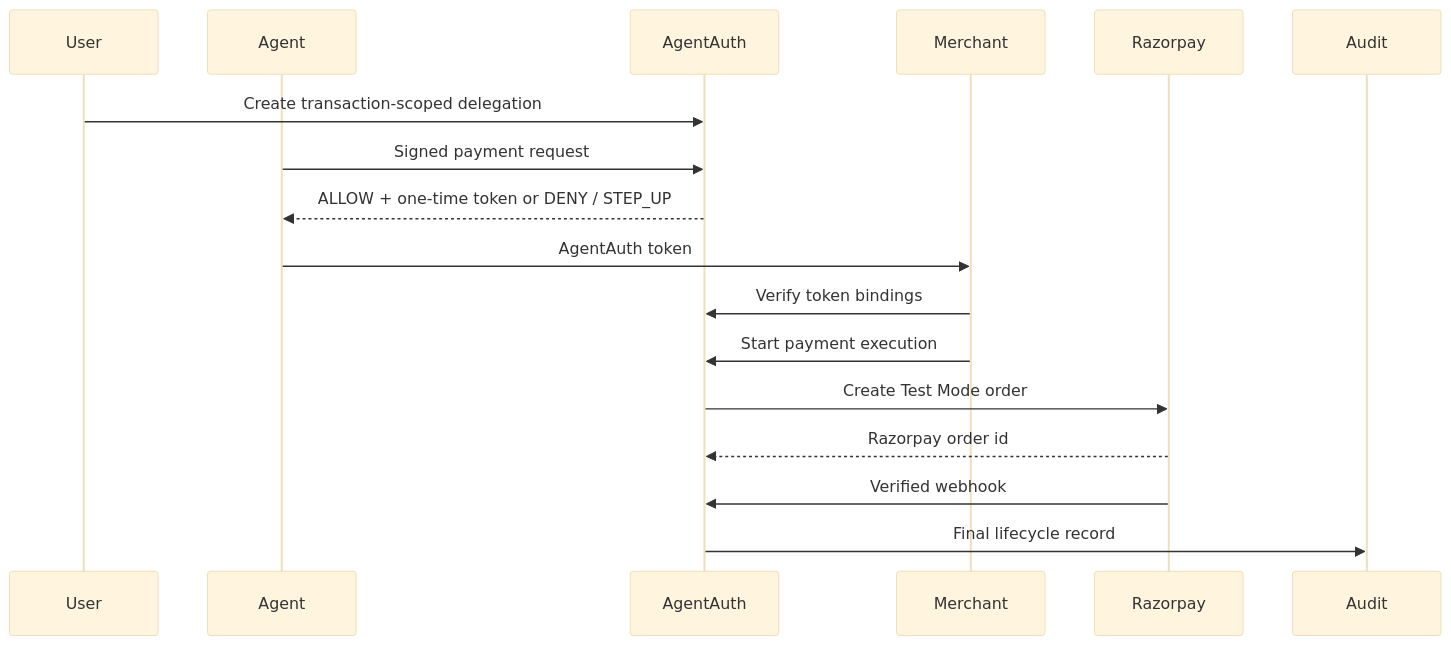
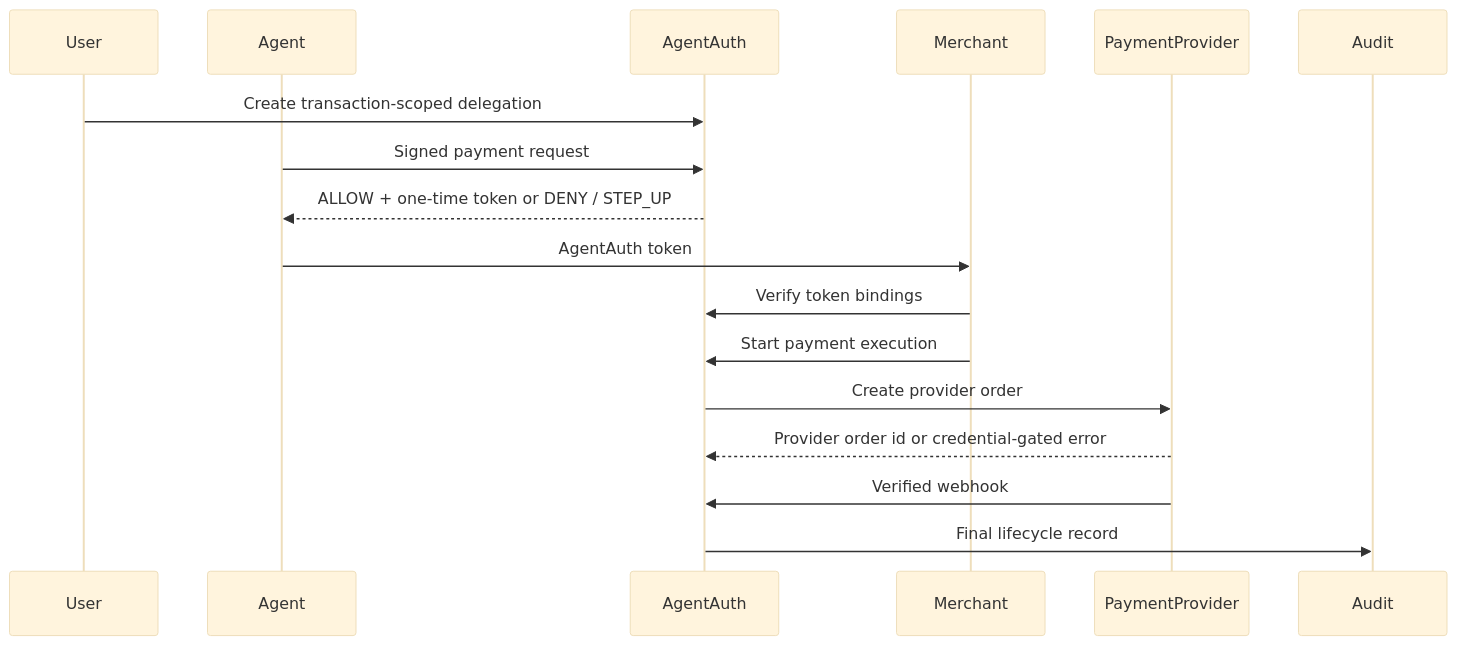
The second of 2 diagrams in README.md (anandvignesh23-rgb/agentauth), drawn with Mermaid (base theme) before and after one commit. The commit also changed other lines of this file and 35 other files, not shown here.

Commit message:
Harden Razorpay-less AgentAuth evidence

````diff
--- a/README.md
+++ b/README.md
@@ -32,18 +34,18 @@
 ```mermaid
 sequenceDiagram
   participant User
   participant Agent
   participant AgentAuth
   participant Merchant
-  participant Razorpay
+  participant Provider as PaymentProvider
   User->>AgentAuth: Create transaction-scoped delegation
   Agent->>AgentAuth: Signed payment request
   AgentAuth-->>Agent: ALLOW + one-time token or DENY / STEP_UP
   Agent->>Merchant: AgentAuth token
   Merchant->>AgentAuth: Verify token bindings
   Merchant->>AgentAuth: Start payment execution
-  AgentAuth->>Razorpay: Create Test Mode order
-  Razorpay-->>AgentAuth: Razorpay order id
-  Razorpay->>AgentAuth: Verified webhook
+  AgentAuth->>Provider: Create provider order
+  Provider-->>AgentAuth: Provider order id or credential-gated error
+  Provider->>AgentAuth: Verified webhook
   AgentAuth->>Audit: Final lifecycle record
 ```
````
